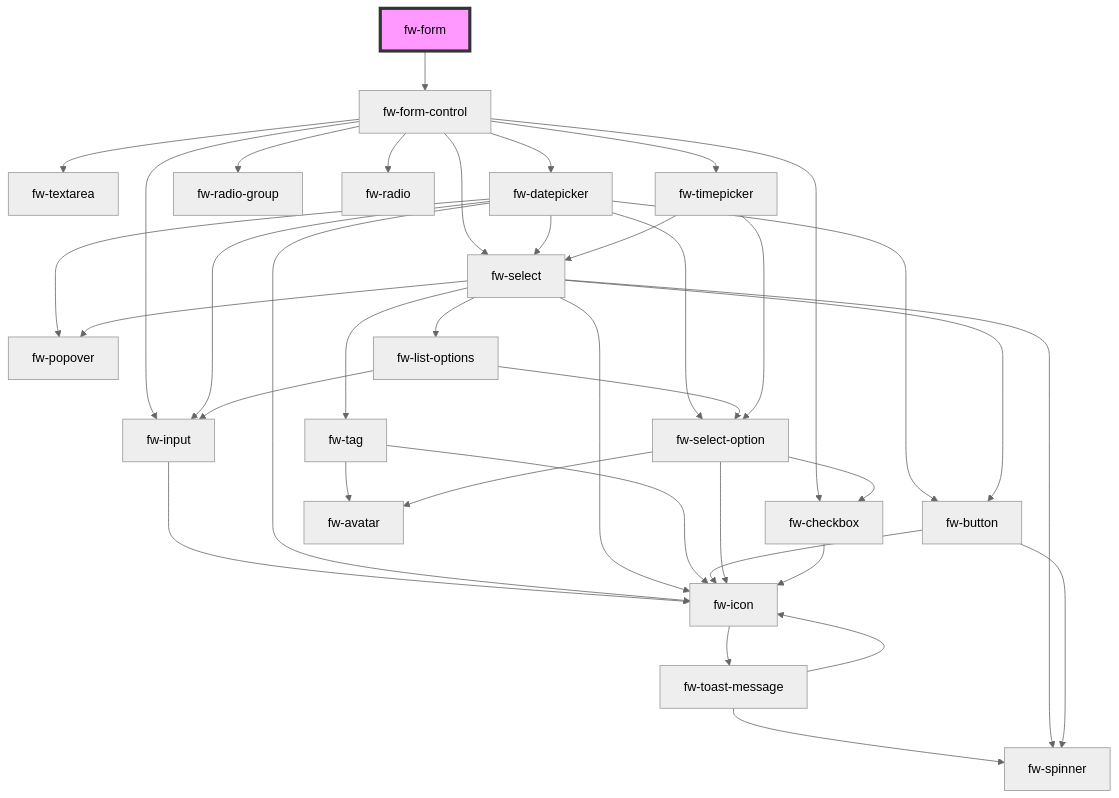
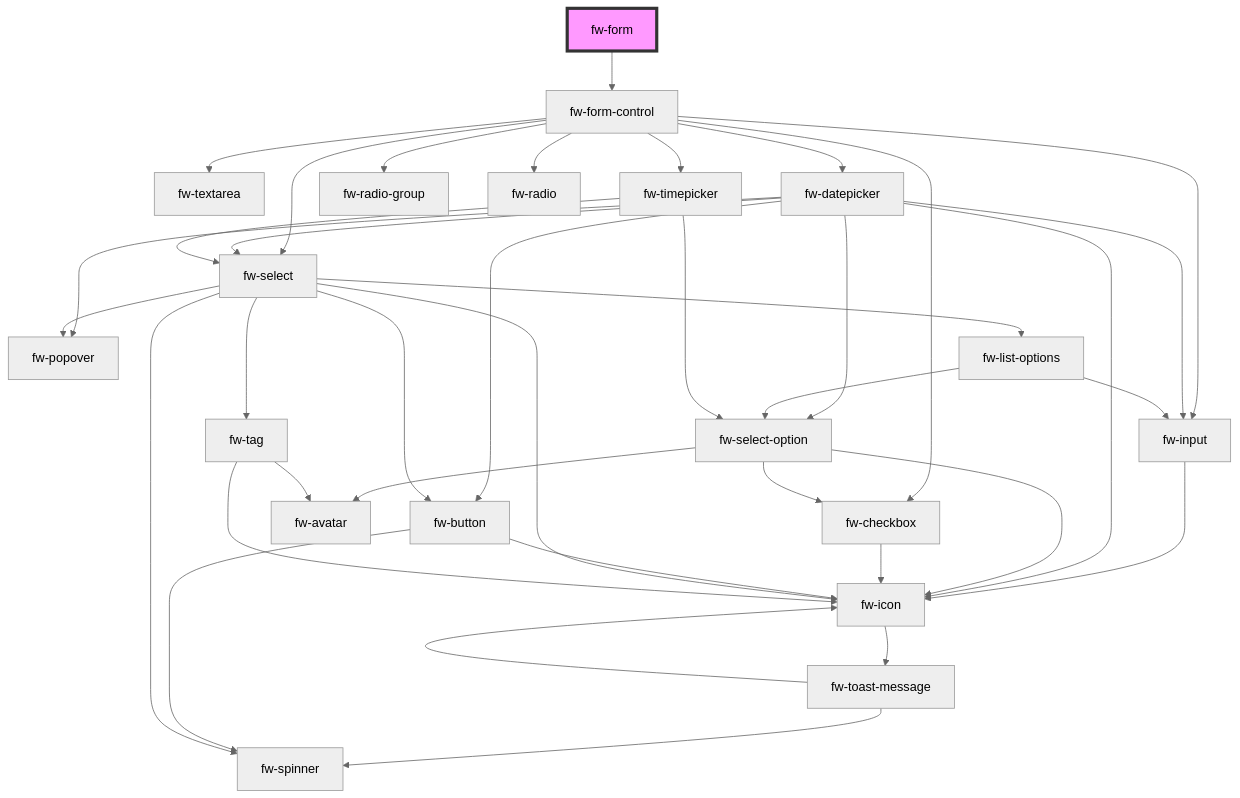
Before and after one commit to freshworks/crayons: the diagram in packages/crayons-core/src/components/form/readme.md, drawn with Mermaid (neutral theme). The commit also changed other lines of this file and 2 other files, not shown here.

````diff
--- a/packages/crayons-core/src/components/form/readme.md
+++ b/packages/crayons-core/src/components/form/readme.md
@@ -1440,41 +1440,41 @@
 ```mermaid
 graph TD;
   fw-form --> fw-form-control
   fw-form-control --> fw-input
   fw-form-control --> fw-textarea
   fw-form-control --> fw-datepicker
   fw-form-control --> fw-checkbox
   fw-form-control --> fw-radio-group
   fw-form-control --> fw-radio
   fw-form-control --> fw-select
   fw-form-control --> fw-timepicker
   fw-input --> fw-icon
   fw-icon --> fw-toast-message
   fw-toast-message --> fw-spinner
   fw-toast-message --> fw-icon
+  fw-datepicker --> fw-select-option
+  fw-datepicker --> fw-button
   fw-datepicker --> fw-popover
   fw-datepicker --> fw-input
   fw-datepicker --> fw-icon
   fw-datepicker --> fw-select
-  fw-datepicker --> fw-select-option
-  fw-datepicker --> fw-button
+  fw-select-option --> fw-icon
+  fw-select-option --> fw-checkbox
+  fw-select-option --> fw-avatar
+  fw-checkbox --> fw-icon
+  fw-button --> fw-spinner
+  fw-button --> fw-icon
   fw-select --> fw-tag
   fw-select --> fw-popover
   fw-select --> fw-button
   fw-select --> fw-spinner
   fw-select --> fw-icon
   fw-select --> fw-list-options
   fw-tag --> fw-avatar
   fw-tag --> fw-icon
-  fw-button --> fw-spinner
-  fw-button --> fw-icon
   fw-list-options --> fw-select-option
   fw-list-options --> fw-input
-  fw-select-option --> fw-icon
-  fw-select-option --> fw-checkbox
-  fw-select-option --> fw-avatar
-  fw-checkbox --> fw-icon
   fw-timepicker --> fw-select
   fw-timepicker --> fw-select-option
   style fw-form fill:#f9f,stroke:#333,stroke-width:4px
 ```
````
